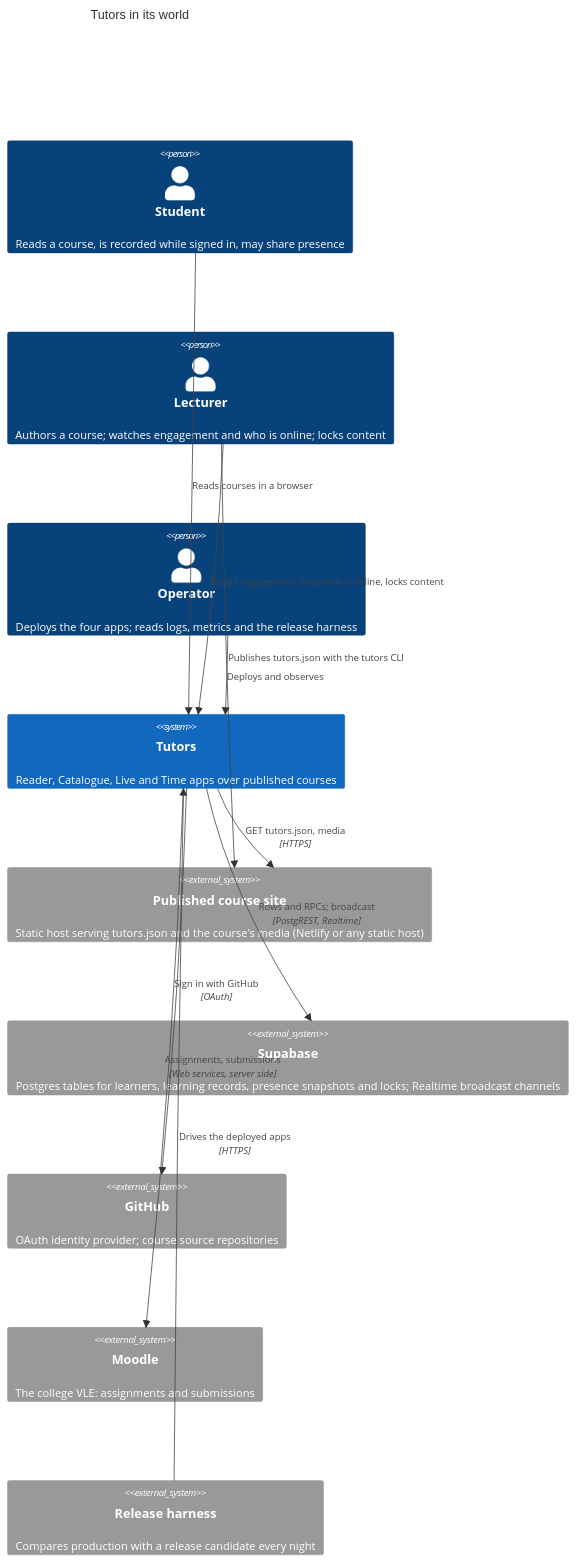
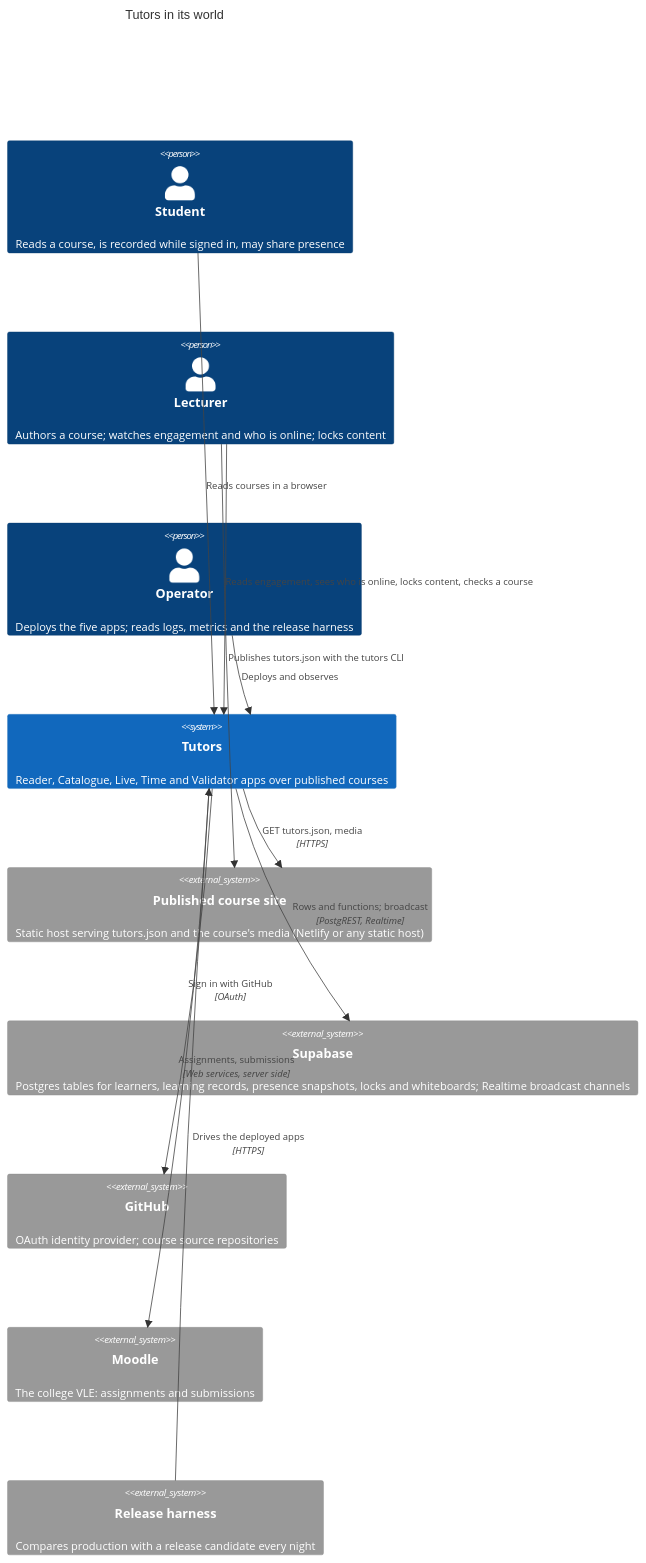
One commit to tutors-sdk/tutors-mono-repo changed the first of 15 diagrams in ARCHITECTURE.md. Above: the diagram before and after it, drawn with Mermaid. The commit also changed other lines of this file and 25 other files, not shown here.

````diff
--- a/ARCHITECTURE.md
+++ b/ARCHITECTURE.md
@@ -47,26 +56,26 @@
 ```mermaid
 C4Context
   title Tutors in its world
 
   Person(student, "Student", "Reads a course, is recorded while signed in, may share presence")
   Person(lecturer, "Lecturer", "Authors a course; watches engagement and who is online; locks content")
-  Person(operator, "Operator", "Deploys the four apps; reads logs, metrics and the release harness")
+  Person(operator, "Operator", "Deploys the five apps; reads logs, metrics and the release harness")
 
-  System(tutors, "Tutors", "Reader, Catalogue, Live and Time apps over published courses")
+  System(tutors, "Tutors", "Reader, Catalogue, Live, Time and Validator apps over published courses")
 
   System_Ext(courseSite, "Published course site", "Static host serving tutors.json and the course's media (Netlify or any static host)")
-  System_Ext(supabase, "Supabase", "Postgres tables for learners, learning records, presence snapshots and locks; Realtime broadcast channels")
+  System_Ext(supabase, "Supabase", "Postgres tables for learners, learning records, presence snapshots, locks and whiteboards; Realtime broadcast channels")
   System_Ext(github, "GitHub", "OAuth identity provider; course source repositories")
   System_Ext(moodle, "Moodle", "The college VLE: assignments and submissions")
   System_Ext(harness, "Release harness", "Compares production with a release candidate every night")
 
   Rel(student, tutors, "Reads courses in a browser")
-  Rel(lecturer, tutors, "Reads engagement, sees who is online, locks content")
+  Rel(lecturer, tutors, "Reads engagement, sees who is online, locks content, checks a course")
   Rel(lecturer, courseSite, "Publishes tutors.json with the tutors CLI")
   Rel(operator, tutors, "Deploys and observes")
   Rel(tutors, courseSite, "GET tutors.json, media", "HTTPS")
-  Rel(tutors, supabase, "Rows and RPCs; broadcast", "PostgREST, Realtime")
+  Rel(tutors, supabase, "Rows and functions; broadcast", "PostgREST, Realtime")
   Rel(tutors, github, "Sign in with GitHub", "OAuth")
   Rel(tutors, moodle, "Assignments, submissions", "Web services, server side")
   Rel(harness, tutors, "Drives the deployed apps", "HTTPS")
 ```
````
